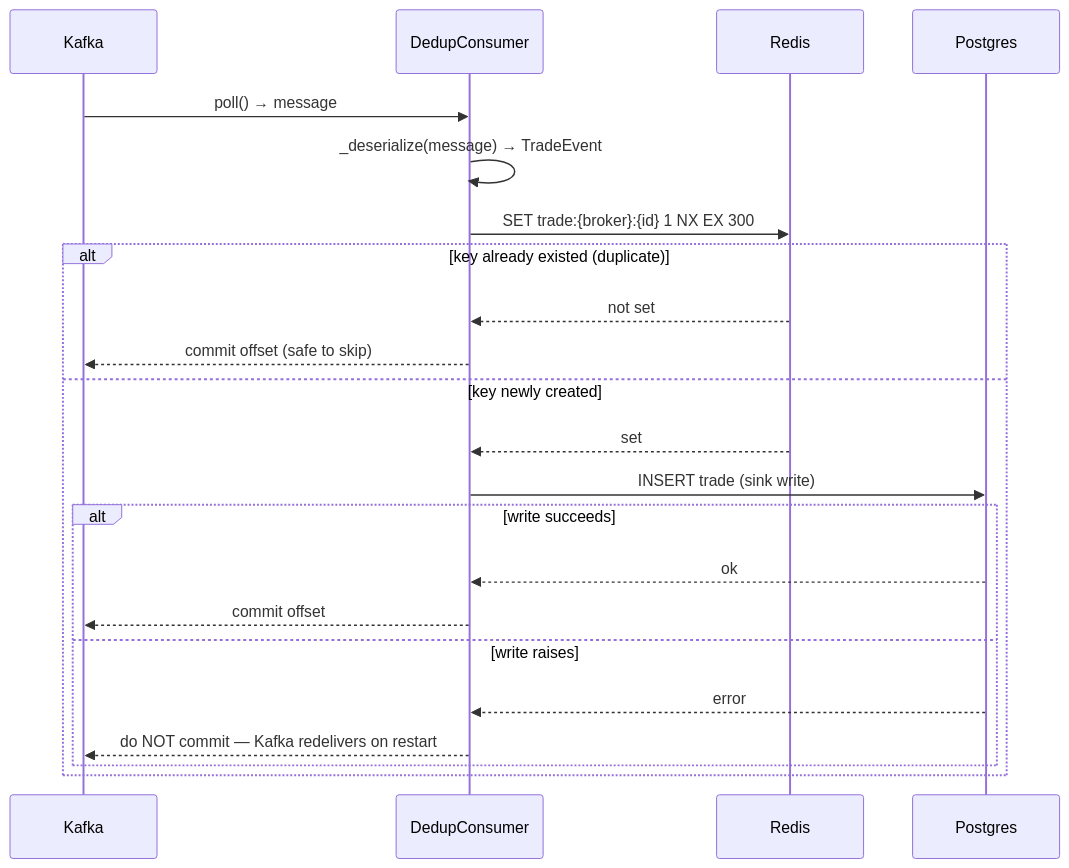
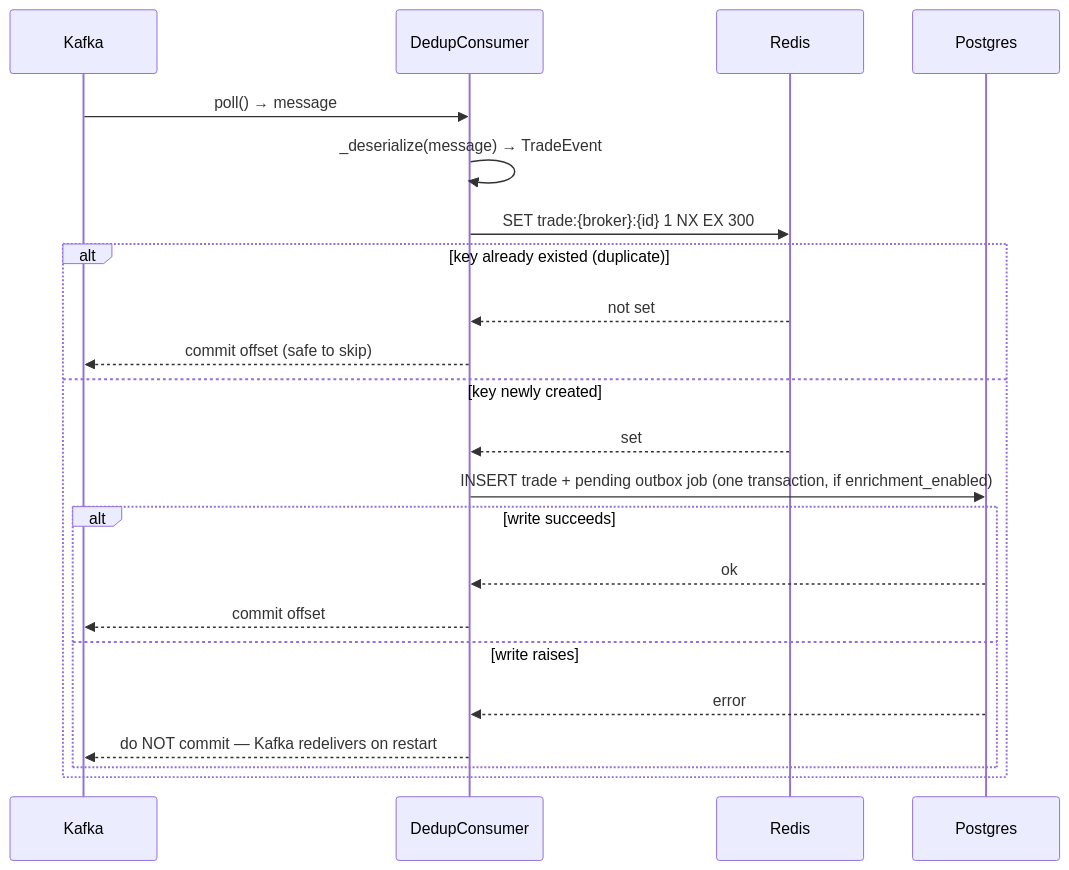
One commit to rajubhimani/trade-pipeline changed the first of 2 diagrams in docs/walkthrough/03-consumer-and-storage.md. Above: the diagram before and after it, drawn with Mermaid. The commit also changed 6 other files, not shown here.

First line of the commit message:
docs: fix stale architecture diagrams and remaining factual drift

````diff
--- a/docs/walkthrough/03-consumer-and-storage.md
+++ b/docs/walkthrough/03-consumer-and-storage.md
@@ -21,25 +21,25 @@
 ```mermaid
 sequenceDiagram
     participant K as Kafka
     participant DC as DedupConsumer
     participant R as Redis
     participant PG as Postgres
 
     K->>DC: poll() → message
     DC->>DC: _deserialize(message) → TradeEvent
     DC->>R: SET trade:{broker}:{id} 1 NX EX 300
     alt key already existed (duplicate)
         R-->>DC: not set
         DC-->>K: commit offset (safe to skip)
     else key newly created
         R-->>DC: set
-        DC->>PG: INSERT trade (sink write)
+        DC->>PG: INSERT trade + pending outbox job (one transaction, if enrichment_enabled)
         alt write succeeds
             PG-->>DC: ok
             DC-->>K: commit offset
         else write raises
             PG-->>DC: error
             DC-->>K: do NOT commit — Kafka redelivers on restart
         end
     end
 ```
````
